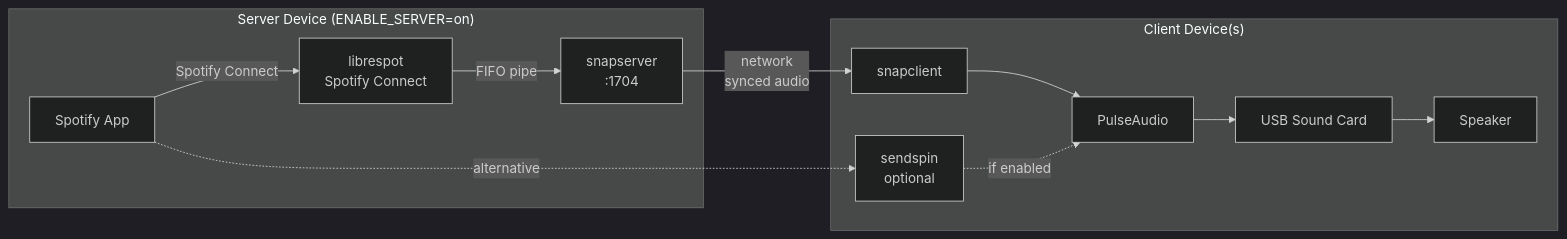
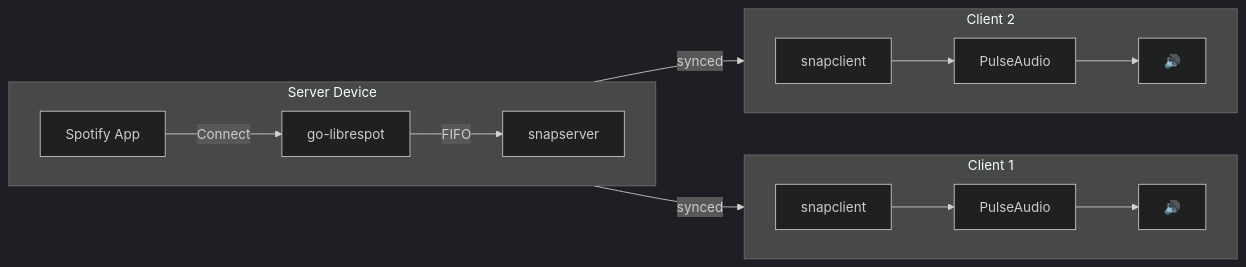
The diagram in README.md (skorbiz/balena_snapcast_server), drawn with Mermaid (dark theme) before and after one commit. The commit also changed other lines of this file, not shown here.

Commit message:
Readme updates

````diff
--- a/README.md
+++ b/README.md
@@ -13,25 +14,21 @@
 ```mermaid
 flowchart LR
-    subgraph server["Server Device (ENABLE_SERVER=on)"]
-        spotify[Spotify App]
-        librespot[librespot<br/>Spotify Connect]
-        snapserver[snapserver<br/>:1704]
-        spotify -->|Spotify Connect| librespot
-        librespot -->|FIFO pipe| snapserver
+    subgraph server["Server Device"]
+        direction LR
+        spotify[Spotify App] -->|Connect| librespot[go-librespot]
+        librespot -->|FIFO| snapserver[snapserver]
     end
     
-    subgraph client["Client Device(s)"]
-        snapclient[snapclient]
-        sendspin[sendspin<br/>optional]
-        pulse[PulseAudio]
-        usb[USB Sound Card]
-        speaker[Speaker]
-        snapclient --> pulse
-        sendspin -.->|if enabled| pulse
-        pulse --> usb
-        usb --> speaker
+    subgraph client1["Client 1"]
+        direction LR
+        sc1[snapclient] --> pa1[PulseAudio] --> spk1[🔊]
     end
     
-    snapserver -->|network<br/>synced audio| snapclient
-    spotify -.->|alternative| sendspin
+    subgraph client2["Client 2"]
+        direction LR
+        sc2[snapclient] --> pa2[PulseAudio] --> spk2[🔊]
+    end
+    
+    snapserver -->|synced| sc1
+    snapserver -->|synced| sc2
 ```
````
